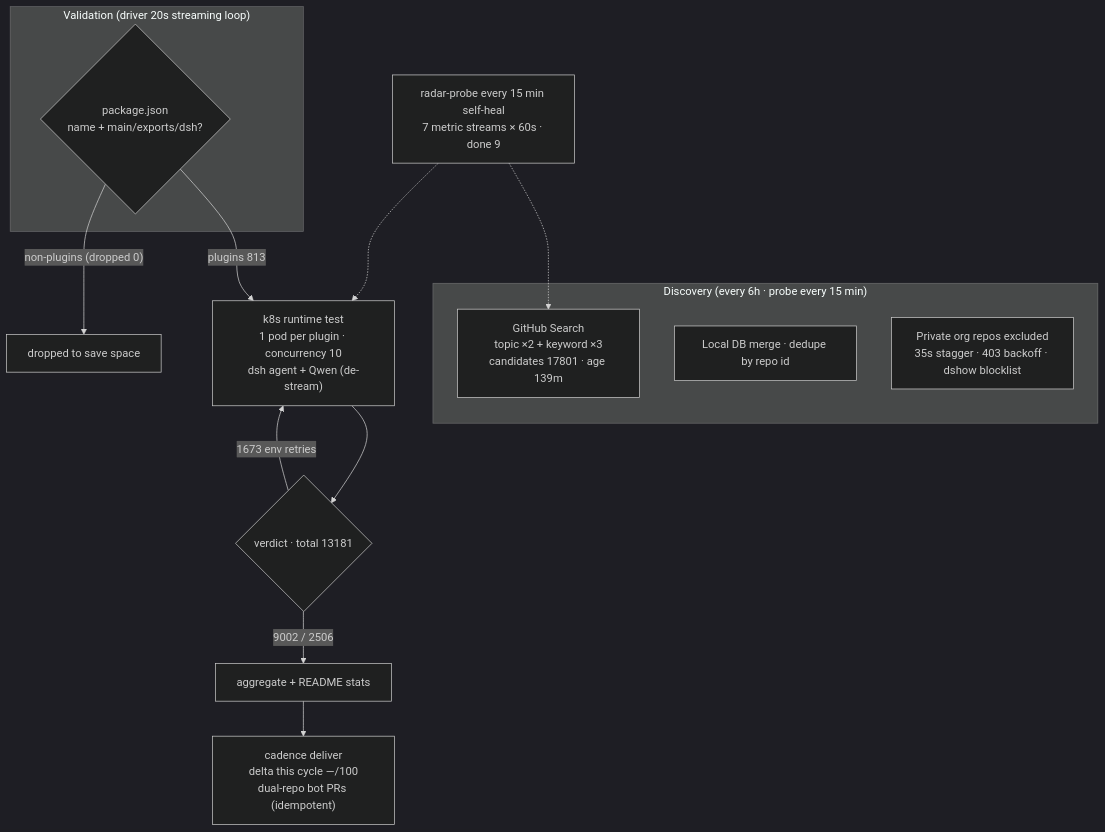
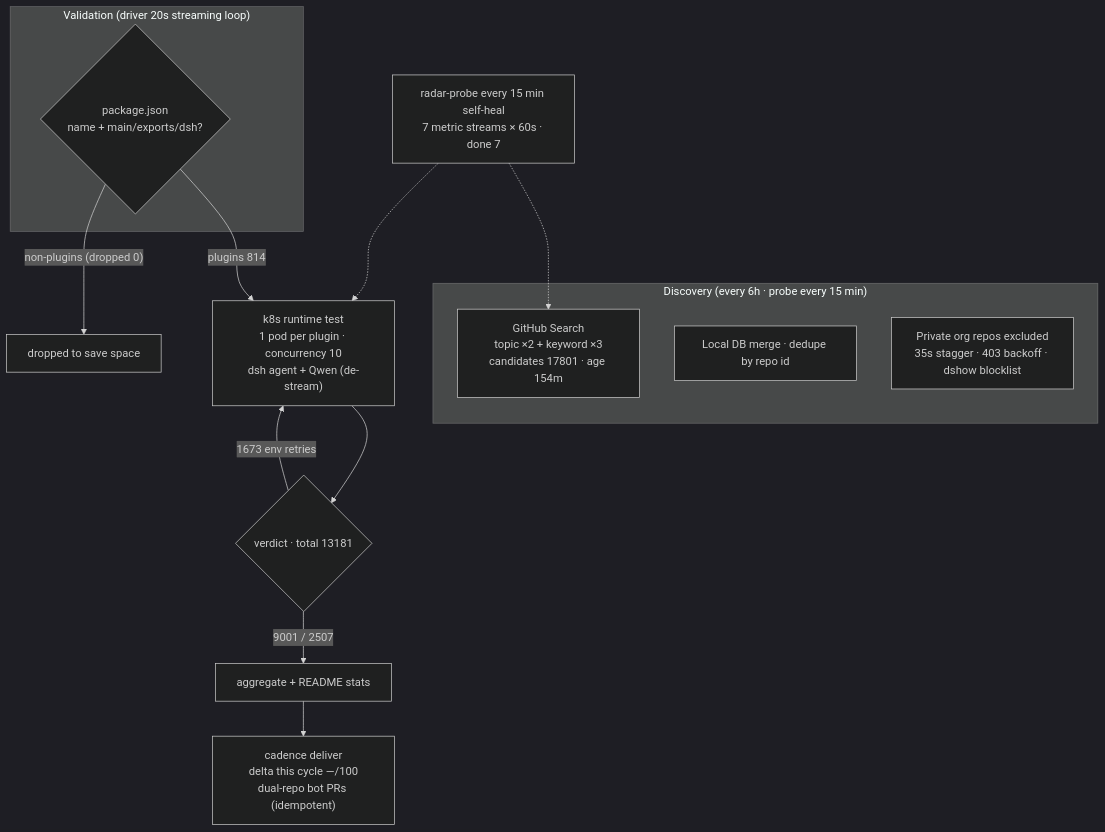
The diagram in README.en-US.md (AdamPlatin123/awesome-dsh-plugins), drawn with Mermaid (dark theme) before and after one commit. The commit also changed other lines of this file and 5 other files, not shown here.

````diff
--- a/README.en-US.md
+++ b/README.en-US.md
@@ -45,20 +45,20 @@
 ```mermaid
 flowchart TB
     subgraph Discovery["Discovery (every 6h · probe every 15 min)"]
-        A1["GitHub Search<br/>topic ×2 + keyword ×3<br/>candidates 17801 · age 139m"]
+        A1["GitHub Search<br/>topic ×2 + keyword ×3<br/>candidates 17801 · age 154m"]
         A2["Local DB merge · dedupe by repo id"]
         A3["Private org repos excluded<br/>35s stagger · 403 backoff · dshow blocklist"]
     end
     subgraph Validation["Validation (driver 20s streaming loop)"]
         B1{"package.json<br/>name + main/exports/dsh?"}
     end
-    B1 -->|"plugins 813"| C1["k8s runtime test<br/>1 pod per plugin · concurrency 10<br/>dsh agent + Qwen (de-stream)"]
+    B1 -->|"plugins 814"| C1["k8s runtime test<br/>1 pod per plugin · concurrency 10<br/>dsh agent + Qwen (de-stream)"]
     B1 -->|"non-plugins (dropped 0)"| B3["dropped to save space"]
     C1 --> D1{"verdict · total 13181"}
-    D1 -->|"9002 / 2506"| E1["aggregate + README stats"]
+    D1 -->|"9001 / 2507"| E1["aggregate + README stats"]
     D1 -->|"1673 env retries"| C1
     E1 --> E2["cadence deliver<br/>delta this cycle —/100<br/>dual-repo bot PRs (idempotent)"]
-    M["radar-probe every 15 min self-heal<br/>7 metric streams × 60s · done 9"]
+    M["radar-probe every 15 min self-heal<br/>7 metric streams × 60s · done 7"]
     M -.-> A1
     M -.-> C1
 ```
````
